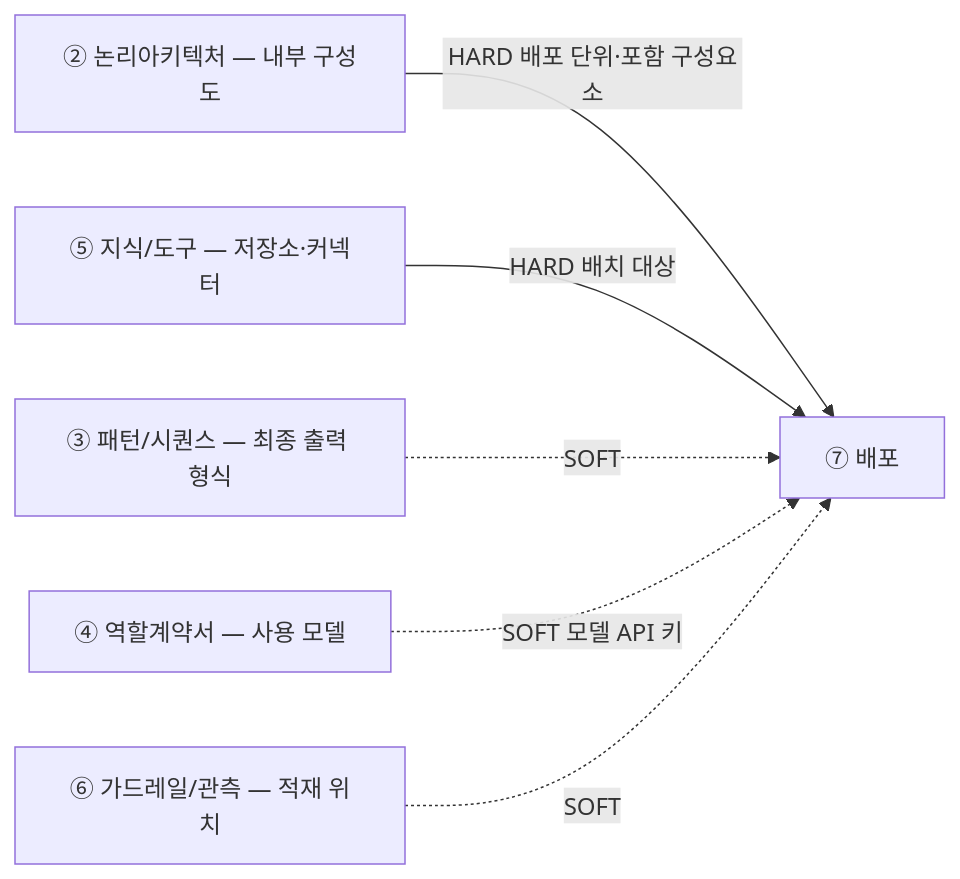
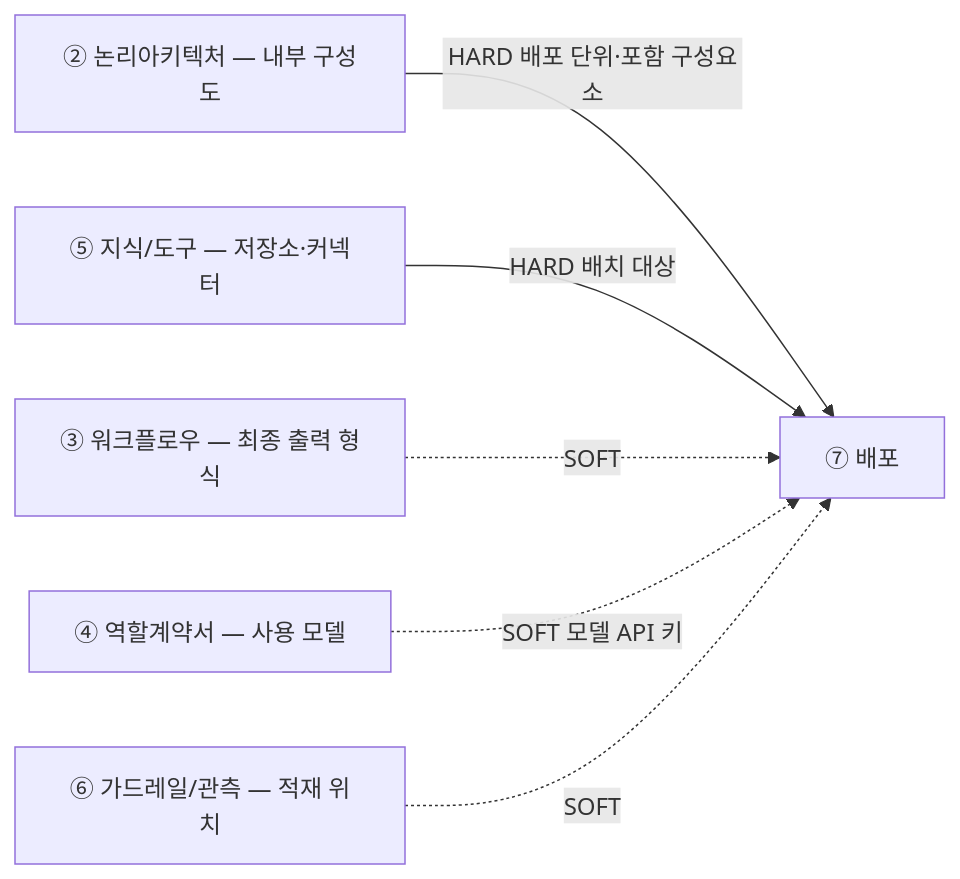
Before and after one commit to unicorn-campus/unicorn-skills: the diagram in design-architecture/guides/07-배포설계-가이드.md, drawn with Mermaid. The commit also changed other lines of this file and 26 other files, not shown here.

First line of the commit message:
Rename design document ③ from 패턴/시퀀스 to 워크플로우

````diff
--- a/design-architecture/guides/07-배포설계-가이드.md
+++ b/design-architecture/guides/07-배포설계-가이드.md
@@ -19,8 +19,8 @@
 ```mermaid
 flowchart LR
   B["② 논리아키텍처 — 내부 구성도"] -->|"HARD 배포 단위·포함 구성요소"| G["⑦ 배포"]
   E["⑤ 지식/도구 — 저장소·커넥터"] -->|"HARD 배치 대상"| G
-  D["③ 패턴/시퀀스 — 최종 출력 형식"] -.->|"SOFT"| G
+  D["③ 워크플로우 — 최종 출력 형식"] -.->|"SOFT"| G
   C["④ 역할계약서 — 사용 모델"] -.->|"SOFT 모델 API 키"| G
   F["⑥ 가드레일/관측 — 적재 위치"] -.->|"SOFT"| G
 ```
````
